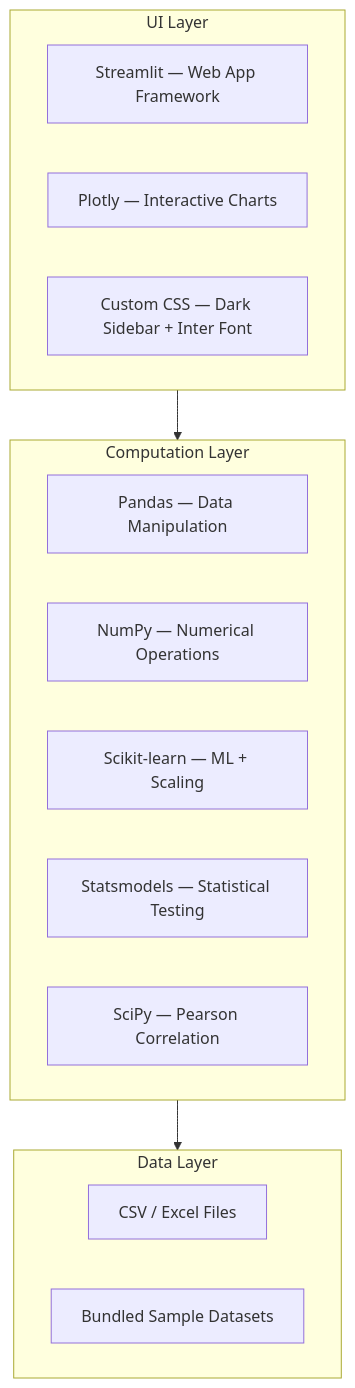
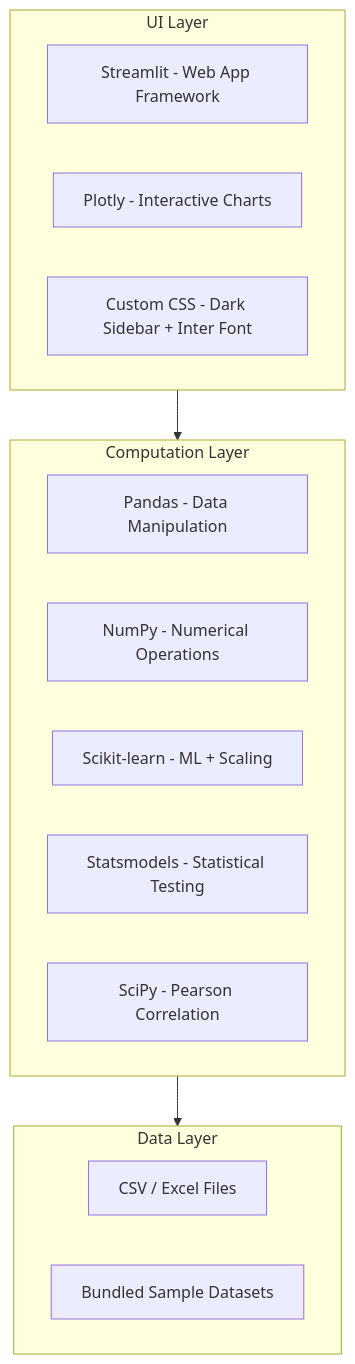
One commit to salehmdasif/streamlit_datapulse changed the third of 3 diagrams in README.md. Above: the diagram before and after it, drawn with Mermaid. The commit also changed other lines of this file and 3 other files, not shown here.

First line of the commit message:
docs: remove em dashes, portfolio references, fix diagram colors for light/dark mode

````diff
--- a/README.md
+++ b/README.md
@@ -267,24 +270,24 @@
 ```mermaid
 flowchart TB
     subgraph UI["UI Layer"]
-        ST[Streamlit — Web App Framework]
-        PL[Plotly — Interactive Charts]
-        CSS[Custom CSS — Dark Sidebar + Inter Font]
+        ST[Streamlit - Web App Framework]
+        PL[Plotly - Interactive Charts]
+        CSS[Custom CSS - Dark Sidebar + Inter Font]
     end
 
     subgraph COMPUTE["Computation Layer"]
-        PD[Pandas — Data Manipulation]
-        NP[NumPy — Numerical Operations]
-        SK[Scikit-learn — ML + Scaling]
-        SM[Statsmodels — Statistical Testing]
-        SP[SciPy — Pearson Correlation]
+        PD[Pandas - Data Manipulation]
+        NP[NumPy - Numerical Operations]
+        SK[Scikit-learn - ML + Scaling]
+        SM[Statsmodels - Statistical Testing]
+        SP[SciPy - Pearson Correlation]
     end
 
     subgraph DATA["Data Layer"]
         CSV[CSV / Excel Files]
         SAMPLES[Bundled Sample Datasets]
     end
 
     UI --> COMPUTE
     COMPUTE --> DATA
 ```
````
